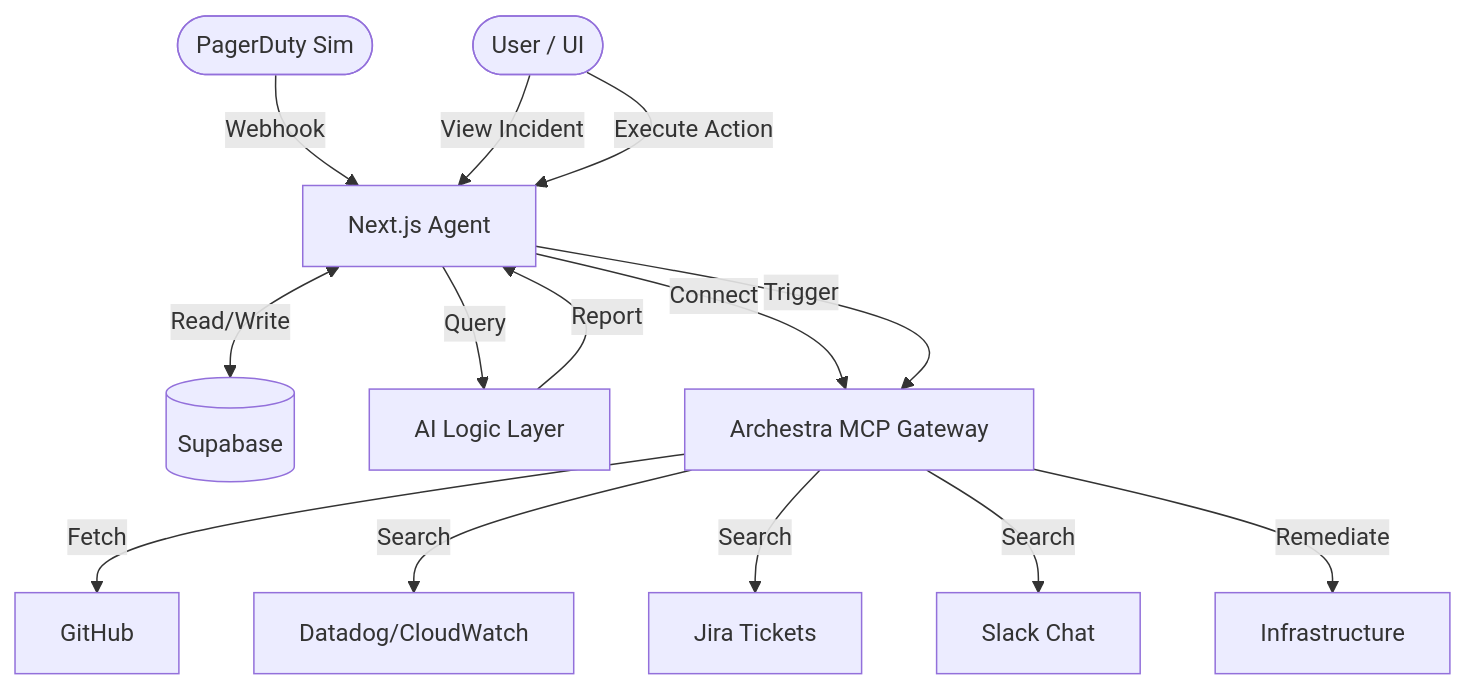
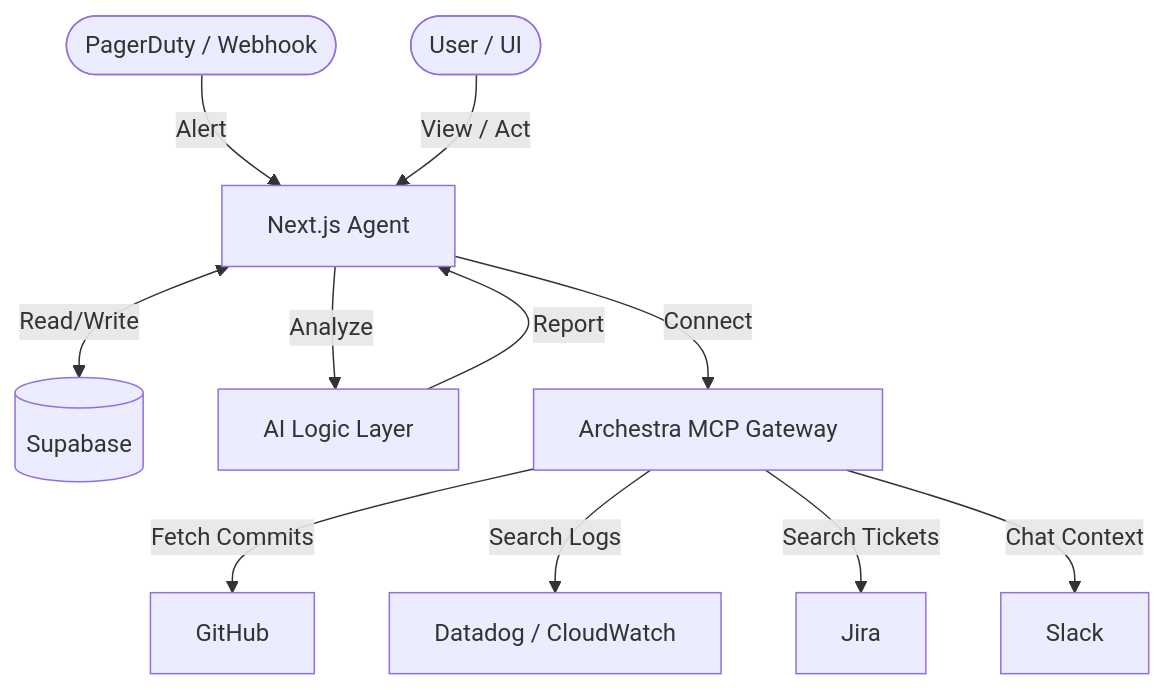
Before and after one commit to tosif121/mcp-oncall-agent: the diagram in README.md, drawn with Mermaid. The commit also changed other lines of this file and 1 other file, not shown here.

````diff
--- a/README.md
+++ b/README.md
@@ -43,17 +48,14 @@
 ```mermaid
 graph TD
     User([User / UI])
-    Sim([PagerDuty Sim]) -->|Webhook| Agent[Next.js Agent]
+    PD([PagerDuty / Webhook]) -->|Alert| Agent[Next.js Agent]
     Agent <-->|Read/Write| DB[(Supabase)]
-    Agent -->|Query| AI[AI Logic Layer]
+    Agent -->|Analyze| AI[AI Logic Layer]
     Agent -->|Connect| MCP[Archestra MCP Gateway]
-    MCP -->|Fetch| GH[GitHub]
-    MCP -->|Search| Logs[Datadog/CloudWatch]
-    MCP -->|Search| Jira[Jira Tickets]
-    MCP -->|Search| Slack[Slack Chat]
+    MCP -->|Fetch Commits| GH[GitHub]
+    MCP -->|Search Logs| Logs[Datadog / CloudWatch]
+    MCP -->|Search Tickets| Jira[Jira]
+    MCP -->|Chat Context| Slack[Slack]
     AI -->|Report| Agent
-    User -->|View Incident| Agent
-    User -->|Execute Action| Agent
-    Agent -->|Trigger| MCP
-    MCP -->|Remediate| Infra[Infrastructure]
+    User -->|View / Act| Agent
 ```
````
